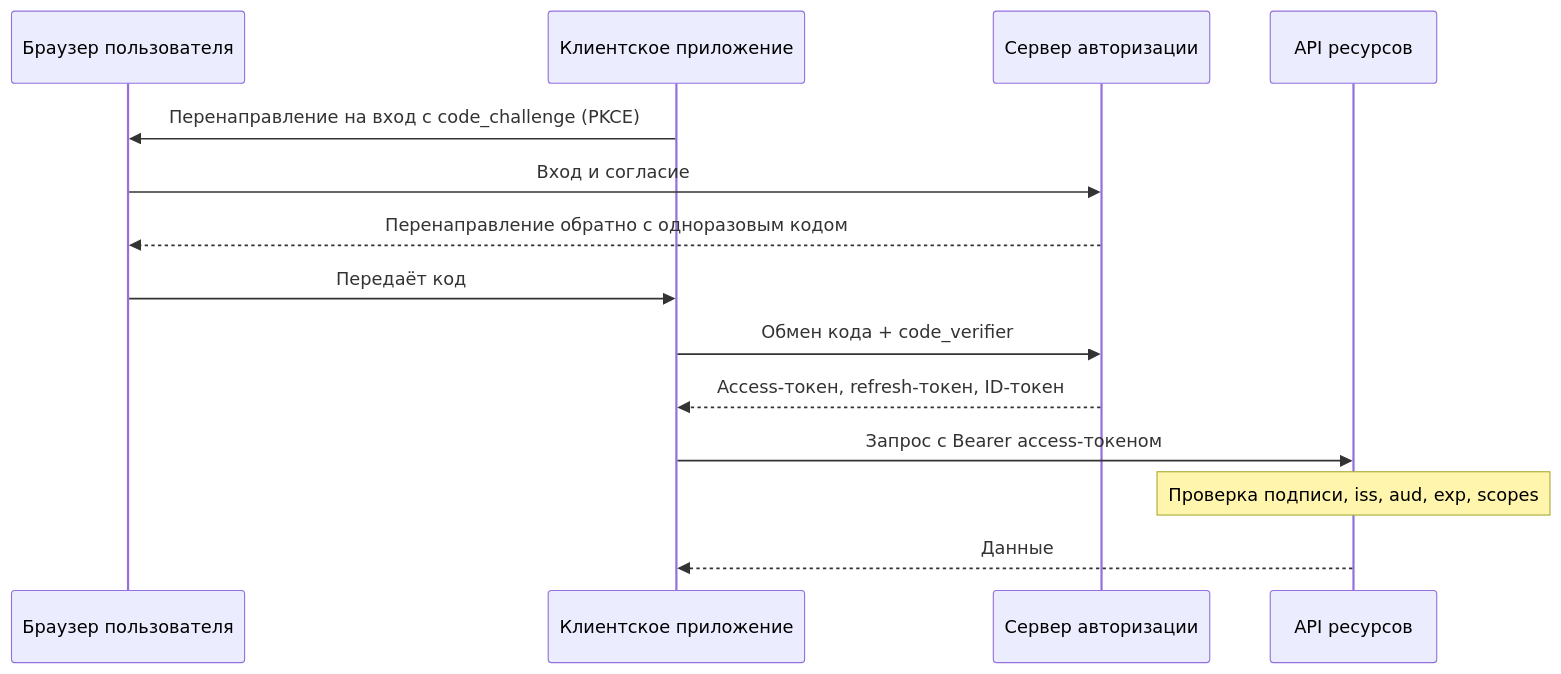
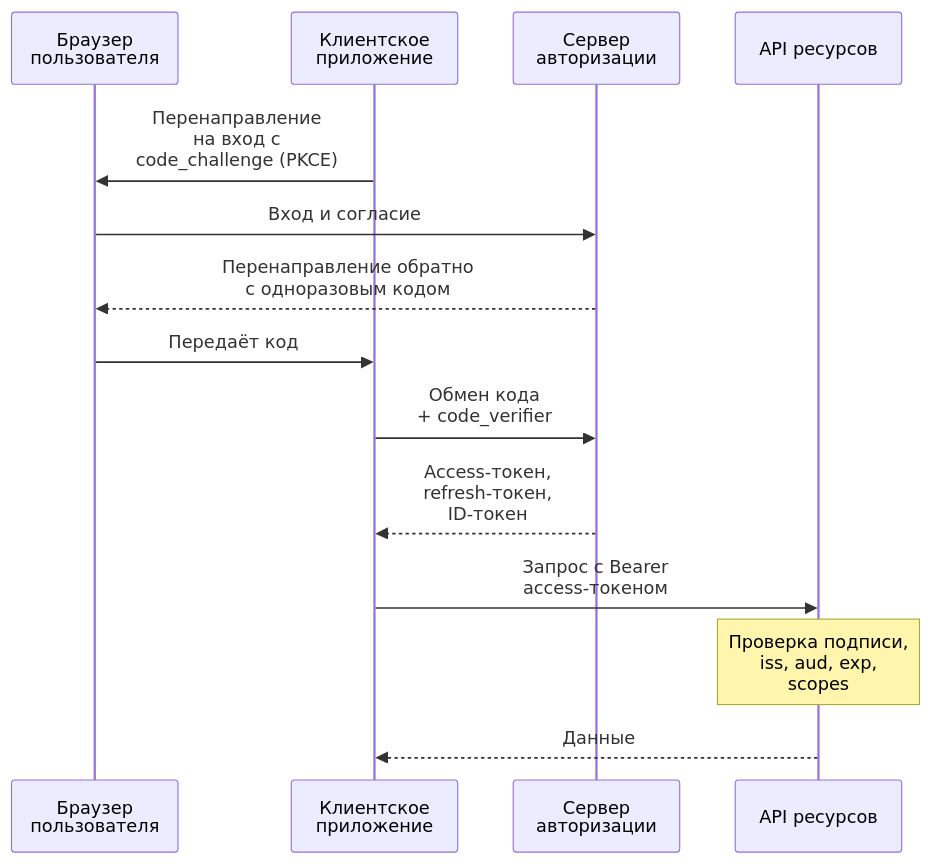
The third of 3 diagrams in src/content/docs/ru/reliability/security.mdx (butyavk/system-design), drawn with Mermaid before and after one commit. The commit also changed other lines of this file and 144 other files, not shown here.

````diff
--- a/src/content/docs/ru/reliability/security.mdx
+++ b/src/content/docs/ru/reliability/security.mdx
@@ -121,16 +121,16 @@
 ```mermaid
 sequenceDiagram
-  participant U as Браузер пользователя
-  participant C as Клиентское приложение
-  participant AS as Сервер авторизации
+  participant U as Браузер<br/>пользователя
+  participant C as Клиентское<br/>приложение
+  participant AS as Сервер<br/>авторизации
   participant API as API ресурсов
-  C->>U: Перенаправление на вход с code_challenge (PKCE)
+  C->>U: Перенаправление<br/>на вход с<br/>code_challenge (PKCE)
   U->>AS: Вход и согласие
-  AS-->>U: Перенаправление обратно с одноразовым кодом
+  AS-->>U: Перенаправление обратно<br/>с одноразовым кодом
   U->>C: Передаёт код
-  C->>AS: Обмен кода + code_verifier
-  AS-->>C: Access-токен, refresh-токен, ID-токен
-  C->>API: Запрос с Bearer access-токеном
-  Note over API: Проверка подписи, iss, aud, exp, scopes
+  C->>AS: Обмен кода<br/>+ code_verifier
+  AS-->>C: Access-токен,<br/>refresh-токен,<br/>ID-токен
+  C->>API: Запрос с Bearer<br/>access-токеном
+  Note over API: Проверка подписи,<br/>iss, aud, exp,<br/>scopes
   API-->>C: Данные
 ```
````
